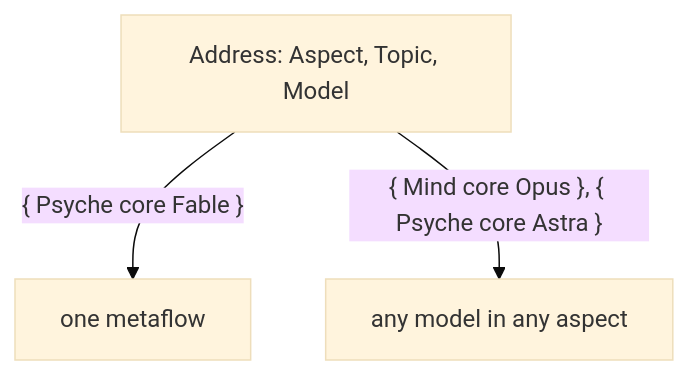
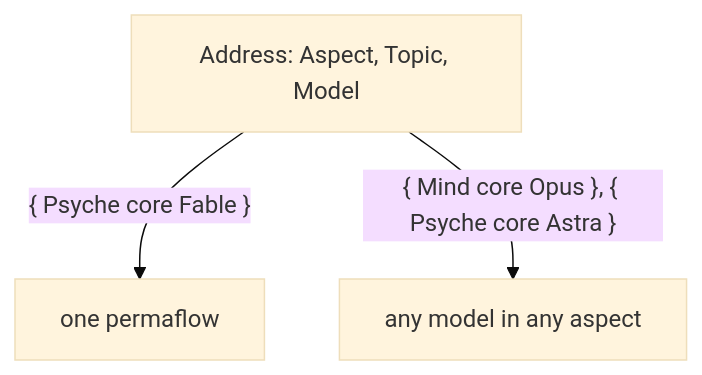
Before and after one commit to LiGoldragon/psyche-belief: the first of 2 diagrams in vision/flow-nexus.md, drawn with Mermaid (base theme). The commit also changed other lines of this file and 7 other files, not shown here.

First line of the commit message:
vision:metaflow-v1: a metaflow is complexes, one self, one owner, no directory; Place moves to vision:nexus-v1; the address sense of metaflow is permaflow (flow-nexus, messaging, versioning)

````diff
--- a/vision/flow-nexus.md
+++ b/vision/flow-nexus.md
@@ -8,5 +8,5 @@
 ```mermaid
 flowchart TB
-    a["Address: Aspect, Topic, Model"] -- "{ Psyche core Fable }" --> f["one metaflow"]
+    a["Address: Aspect, Topic, Model"] -- "{ Psyche core Fable }" --> f["one permaflow"]
     a -- "{ Mind core Opus }, { Psyche core Astra }" --> g["any model in any aspect"]
 ```
````
